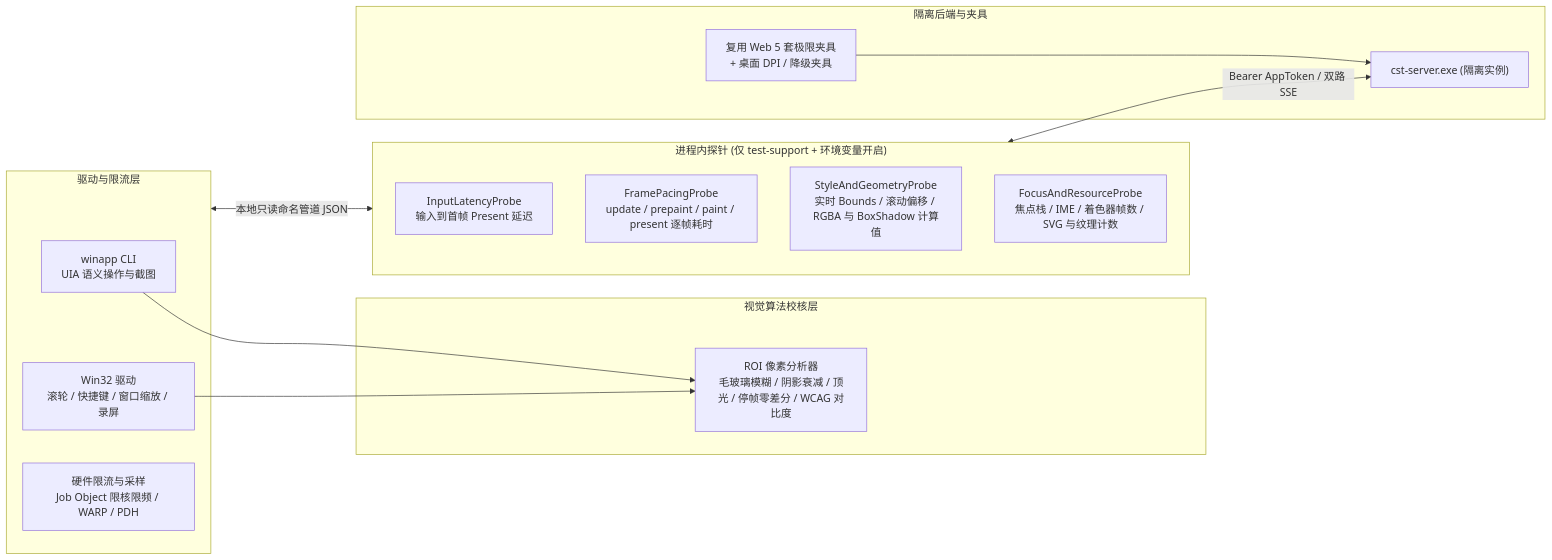
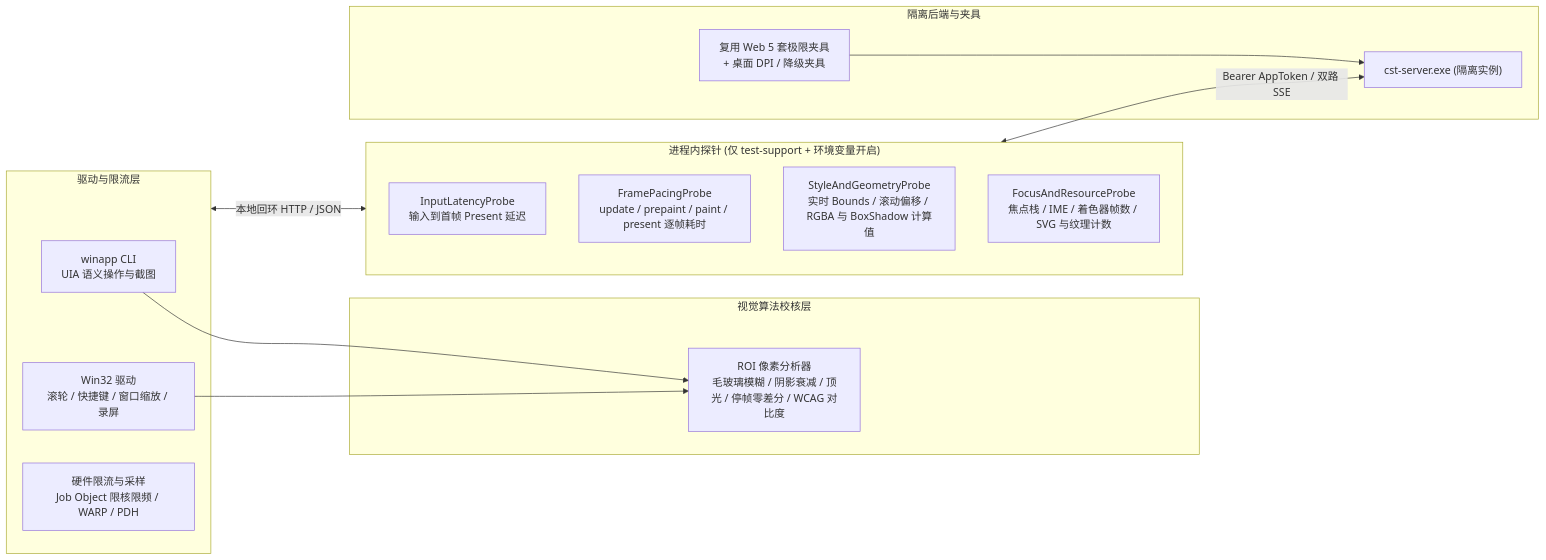
The diagram in doc/desktop/test/ux-e2e.md (SCAU-Computer-Serving-Team/cst-pilot), drawn with Mermaid before and after one commit. The commit also changed other lines of this file and 8 other files, not shown here.

````diff
--- a/doc/desktop/test/ux-e2e.md
+++ b/doc/desktop/test/ux-e2e.md
@@ -11,29 +11,29 @@
 ```mermaid
 flowchart LR
     subgraph Drivers["驱动与限流层"]
         WA["winapp CLI<br/>UIA 语义操作与截图"]
         W32["Win32 驱动<br/>滚轮 / 快捷键 / 窗口缩放 / 录屏"]
         JOB["硬件限流与采样<br/>Job Object 限核限频 / WARP / PDH"]
     end
 
     subgraph Probes["进程内探针 (仅 test-support + 环境变量开启)"]
         P1["InputLatencyProbe<br/>输入到首帧 Present 延迟"]
         P2["FramePacingProbe<br/>update / prepaint / paint / present 逐帧耗时"]
         P3["StyleAndGeometryProbe<br/>实时 Bounds / 滚动偏移 / RGBA 与 BoxShadow 计算值"]
         P4["FocusAndResourceProbe<br/>焦点栈 / IME / 着色器帧数 / SVG 与纹理计数"]
     end
 
     subgraph Visual["视觉算法校核层"]
         PIX["ROI 像素分析器<br/>毛玻璃模糊 / 阴影衰减 / 顶光 / 停帧零差分 / WCAG 对比度"]
     end
 
     subgraph Backend["隔离后端与夹具"]
         SRV["cst-server.exe (隔离实例)"]
         FIX["复用 Web 5 套极限夹具<br/>+ 桌面 DPI / 降级夹具"]
     end
 
-    Drivers <-->|"本地只读命名管道 JSON"| Probes
+    Drivers <-->|"本地回环 HTTP / JSON"| Probes
     WA & W32 --> PIX
     Probes <-->|"Bearer AppToken / 双路 SSE"| SRV
     FIX --> SRV
 ```
````
